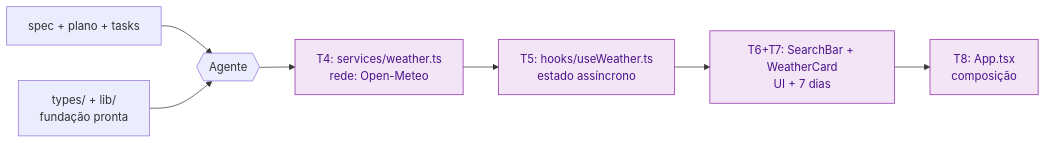
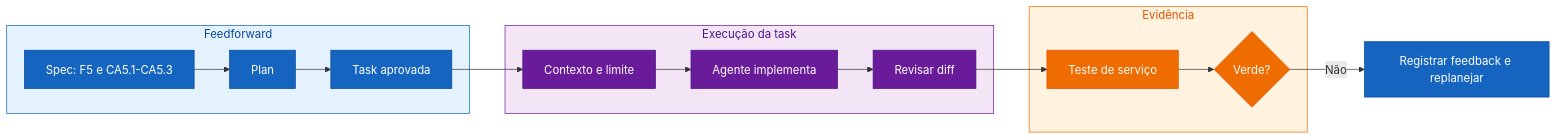
The diagram in .github/steps/5-step.md (dev-pods/start-with-spec-driven-development), drawn with Mermaid before and after one commit. The commit also changed other lines of this file and 47 other files, not shown here.

Commit message:
Build deterministic spec-driven development exercise

````diff
--- a/.github/steps/5-step.md
+++ b/.github/steps/5-step.md
@@ -11,12 +21,25 @@
 ```mermaid
 flowchart LR
-    Spec[spec + plano + tasks] --> Agent{{Agente}}
-    Found[types/ + lib/\nfundação pronta] --> Agent
-    Agent --> S[T4: services/weather.ts\nrede: Open-Meteo]
-    S --> H[T5: hooks/useWeather.ts\nestado assíncrono]
-    H --> C[T6+T7: SearchBar + WeatherCard\nUI + 7 dias]
-    C --> A[T8: App.tsx\ncomposição]
-
-    classDef pending fill:#f3e5f5,stroke:#8e24aa,color:#4a148c
-    class S,H,C,A pending
+   subgraph feedforward["Feedforward"]
+      A[Spec: F5 e CA5.1-CA5.3] --> B[Plan] --> C[Task aprovada]
+   end
+   subgraph interacao["Execução da task"]
+      D[Contexto e limite] --> E[Agente implementa] --> F[Revisar diff]
+   end
+   subgraph evidencia["Evidência"]
+      G[Teste de serviço] --> H{Verde?}
+   end
+   C --> D
+   F --> G
+   H -->|Não| I[Registrar feedback e replanejar]
+   classDef planningNode fill:#1565c0,stroke:#0d47a1,color:#ffffff
+   classDef buildNode fill:#6a1b9a,stroke:#4a148c,color:#ffffff
+   classDef testingNode fill:#ef6c00,stroke:#e65100,color:#ffffff
+   class A,B,C planningNode
+   class D,E,F buildNode
+   class G,H testingNode
+   class I planningNode
+   style feedforward fill:#e3f2fd,stroke:#1565c0,color:#0d47a1
+   style interacao fill:#f3e5f5,stroke:#6a1b9a,color:#4a148c
+   style evidencia fill:#fff3e0,stroke:#ef6c00,color:#e65100
 ```
````
